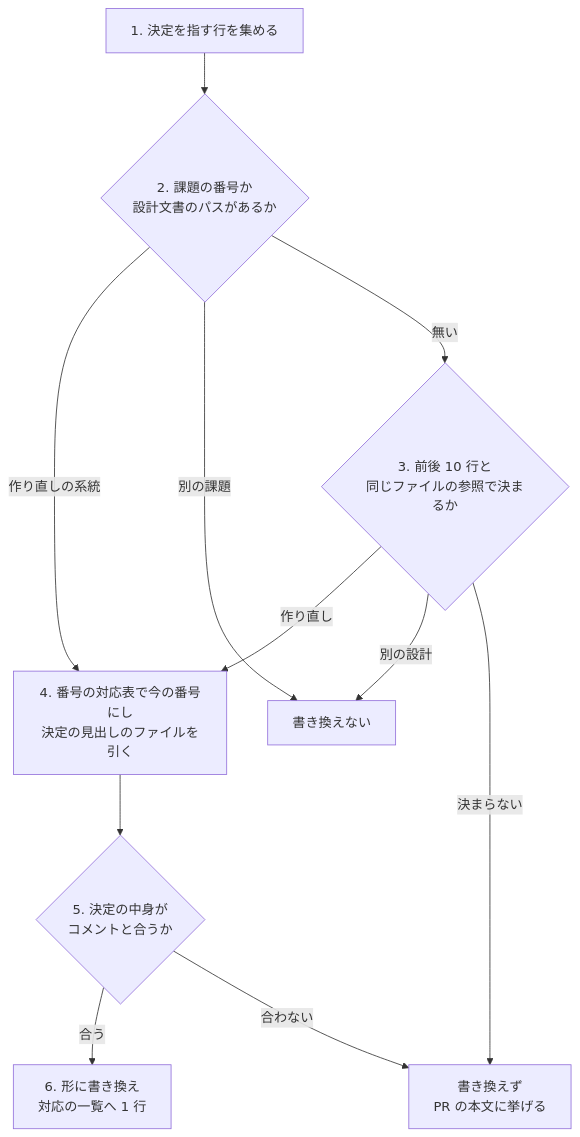
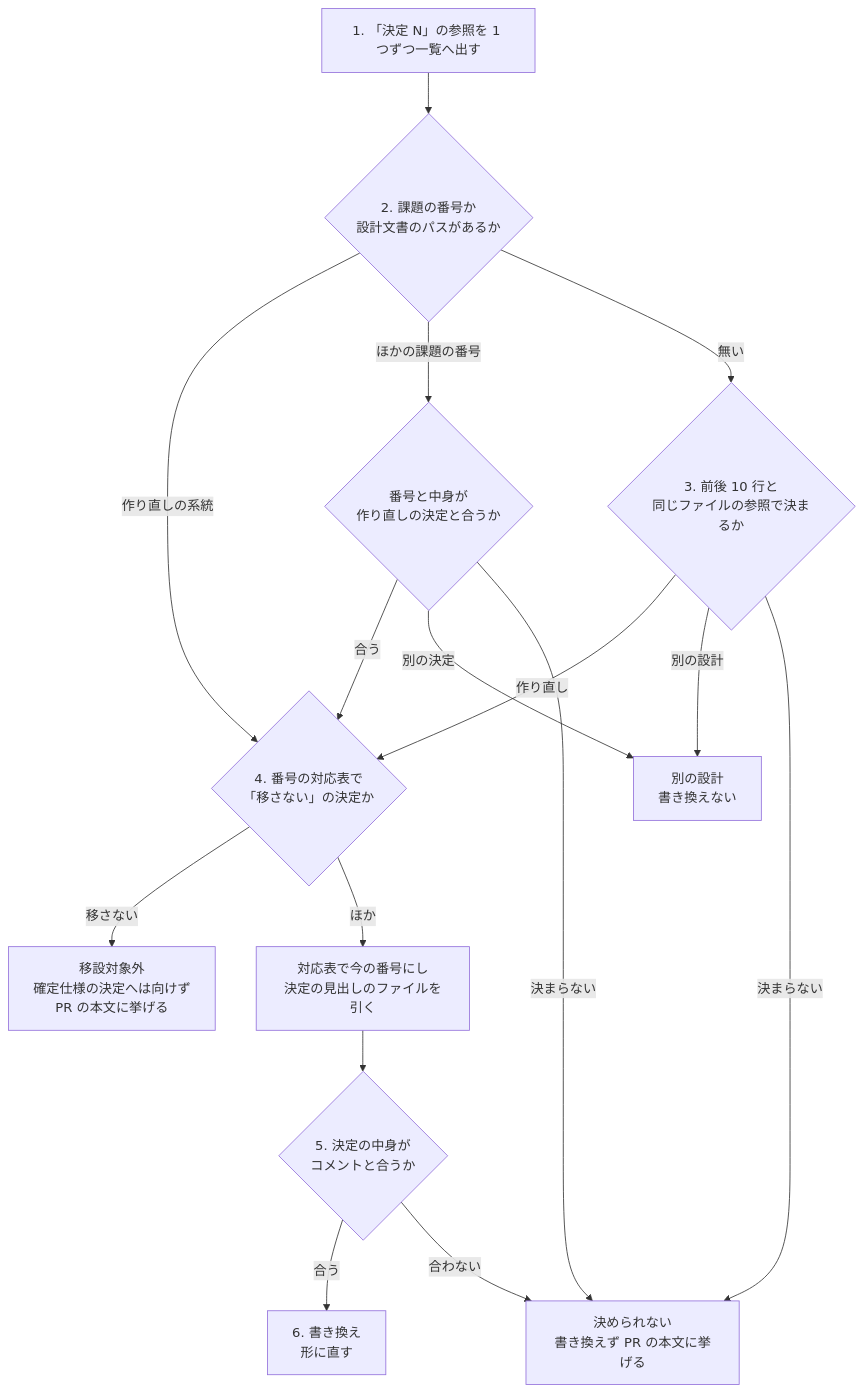
One commit to devbasex/ai-plugins changed the third of 3 diagrams in issues/issue-3960-design.md. Above: the diagram before and after it, drawn with Mermaid. The commit also changed other lines of this file and 1 other file, not shown here.

````diff
--- a/issues/issue-3960-design.md
+++ b/issues/issue-3960-design.md
@@ -87,13 +99,18 @@
 ```mermaid
 flowchart TD
-  A["1. 決定を指す行を集める"] --> B{"2. 課題の番号か<br/>設計文書のパスがあるか"}
-  B -->|作り直しの系統| D["4. 番号の対応表で今の番号にし<br/>決定の見出しのファイルを引く"]
-  B -->|別の課題| E["書き換えない"]
+  A["1. 「決定 N」の参照を 1 つずつ一覧へ出す"] --> B{"2. 課題の番号か<br/>設計文書のパスがあるか"}
+  B -->|作り直しの系統| K{"4. 番号の対応表で<br/>「移さない」の決定か"}
+  B -->|ほかの課題の番号| O{"番号と中身が<br/>作り直しの決定と合うか"}
   B -->|無い| C{"3. 前後 10 行と<br/>同じファイルの参照で決まるか"}
-  C -->|作り直し| D
+  O -->|合う| K
+  O -->|別の決定| E["別の設計<br/>書き換えない"]
+  O -->|決まらない| F["決められない<br/>書き換えず PR の本文に挙げる"]
+  C -->|作り直し| K
   C -->|別の設計| E
-  C -->|決まらない| F["書き換えず<br/>PR の本文に挙げる"]
+  C -->|決まらない| F
+  K -->|移さない| M["移設対象外<br/>確定仕様の決定へは向けず<br/>PR の本文に挙げる"]
+  K -->|ほか| D["対応表で今の番号にし<br/>決定の見出しのファイルを引く"]
   D --> G{"5. 決定の中身が<br/>コメントと合うか"}
-  G -->|合う| H["6. 形に書き換え<br/>対応の一覧へ 1 行"]
+  G -->|合う| H["6. 書き換え<br/>形に直す"]
   G -->|合わない| F
 ```
````
